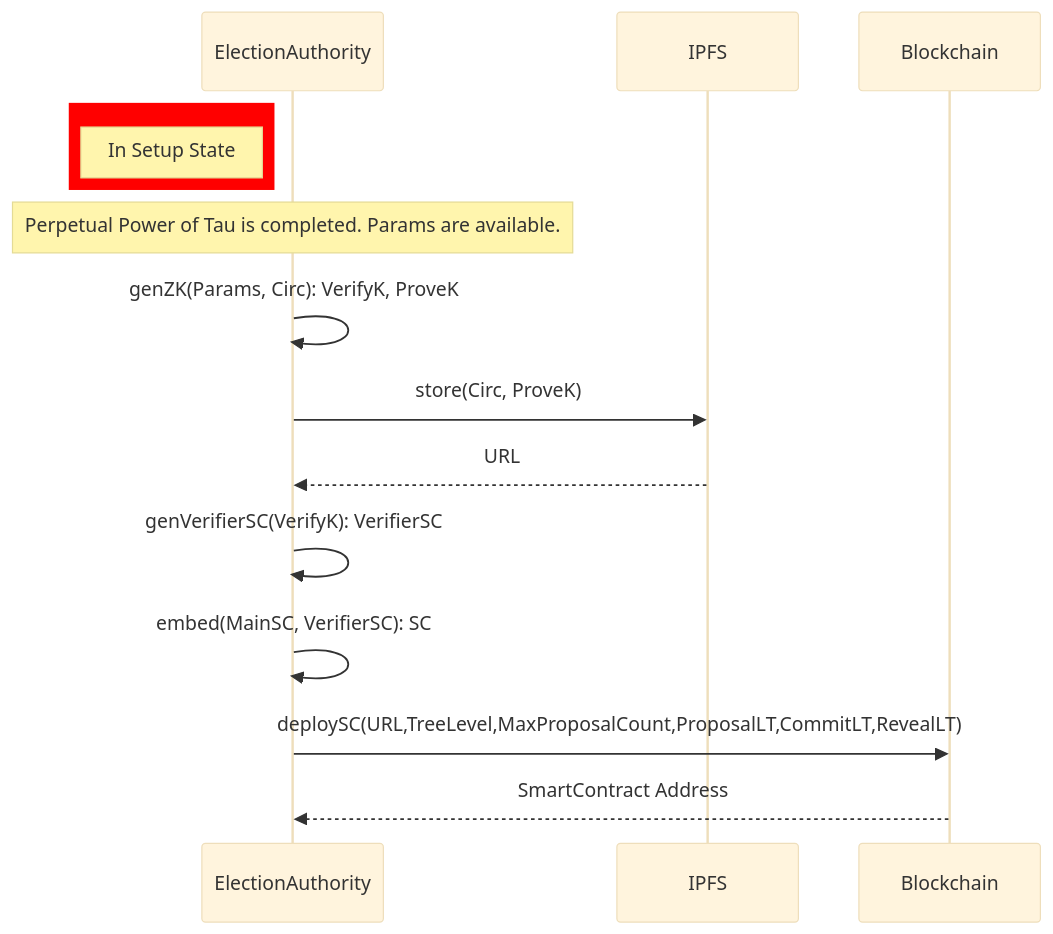
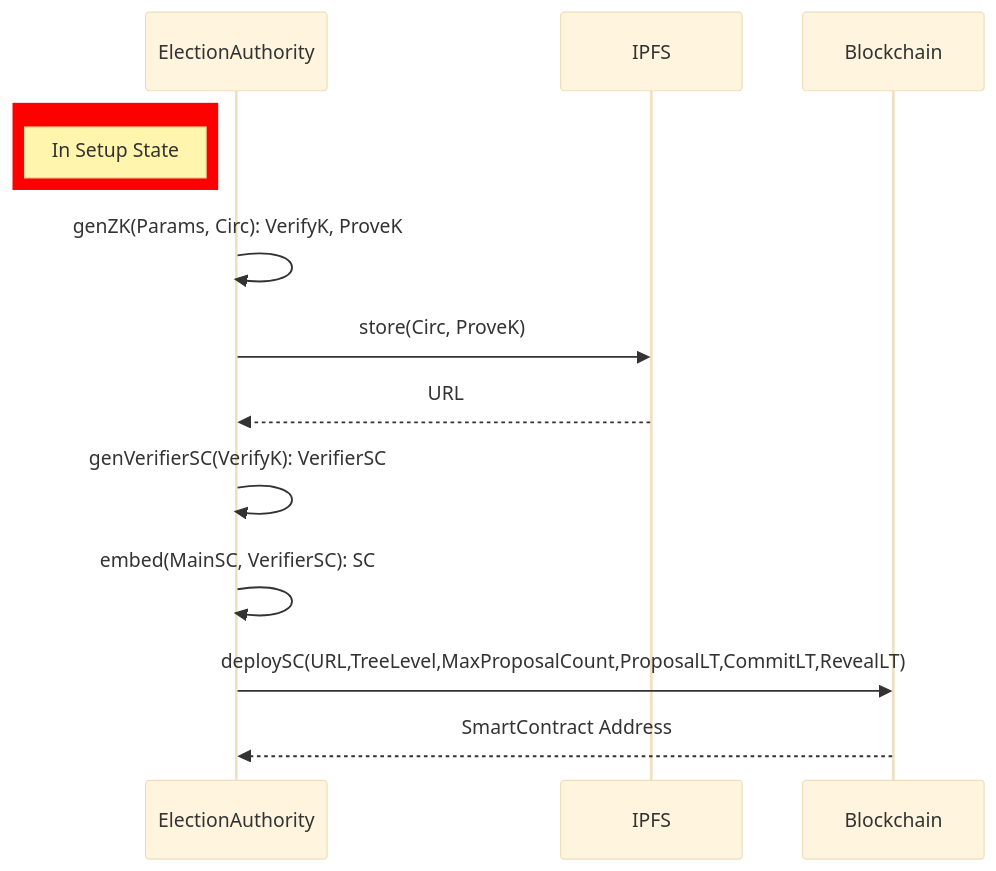
One commit to ceyonur/electanon changed the diagram in docs/flows/basic/setup.mmd. Above: the diagram before and after it, drawn with Mermaid (base theme). The commit also changed 3 other files, not shown here.

```diff
--- a/docs/flows/basic/setup.mmd
+++ b/docs/flows/basic/setup.mmd
@@ -1,13 +1,12 @@
 sequenceDiagram
 rect rgb(255, 0, 0)
 note left of EA: In Setup State
 end
 participant EA as ElectionAuthority
-Note over EA: Perpetual Power of Tau is completed. Params are available.
 EA ->> EA: genZK(Params, Circ): VerifyK, ProveK
 EA ->> IPFS: store(Circ, ProveK)
 IPFS -->> EA: URL
 EA ->> EA: genVerifierSC(VerifyK): VerifierSC
 EA ->> EA: embed(MainSC, VerifierSC): SC
 EA->>Blockchain: deploySC(URL,TreeLevel,MaxProposalCount,ProposalLT,CommitLT,RevealLT)
 Blockchain -->> EA: SmartContract Address
```
